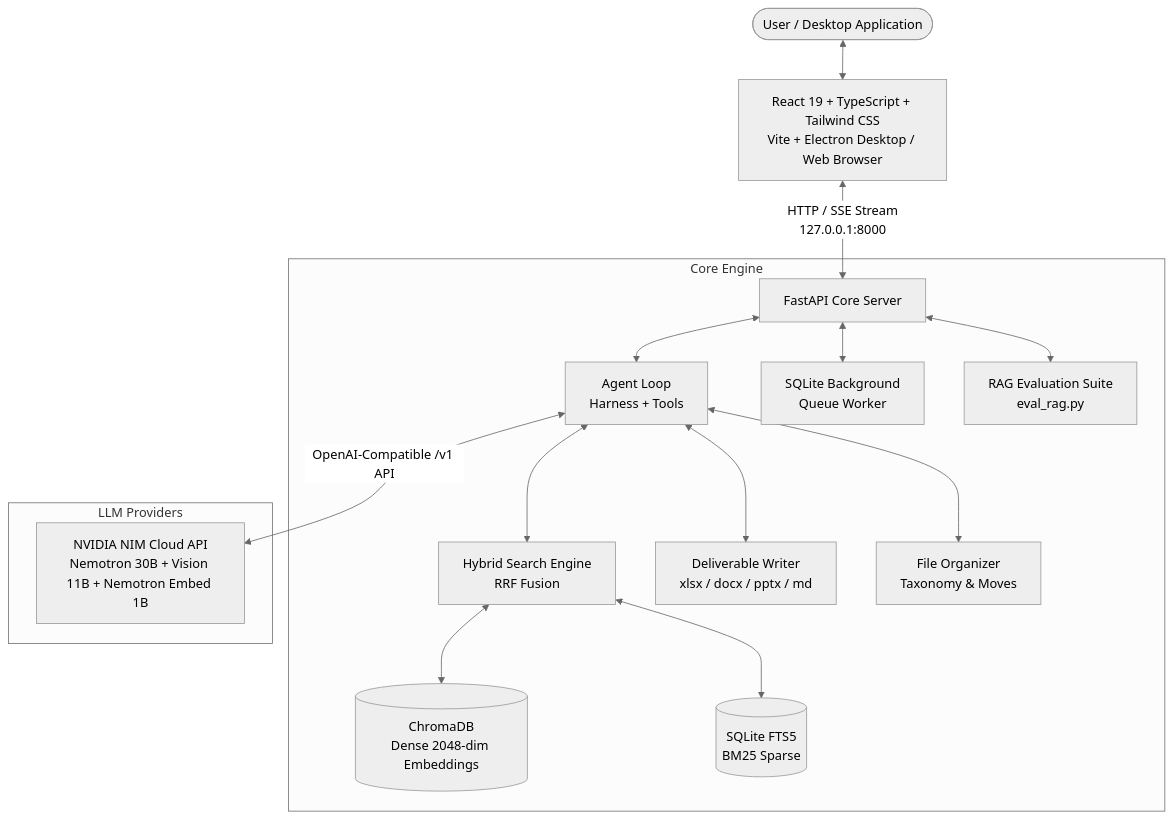
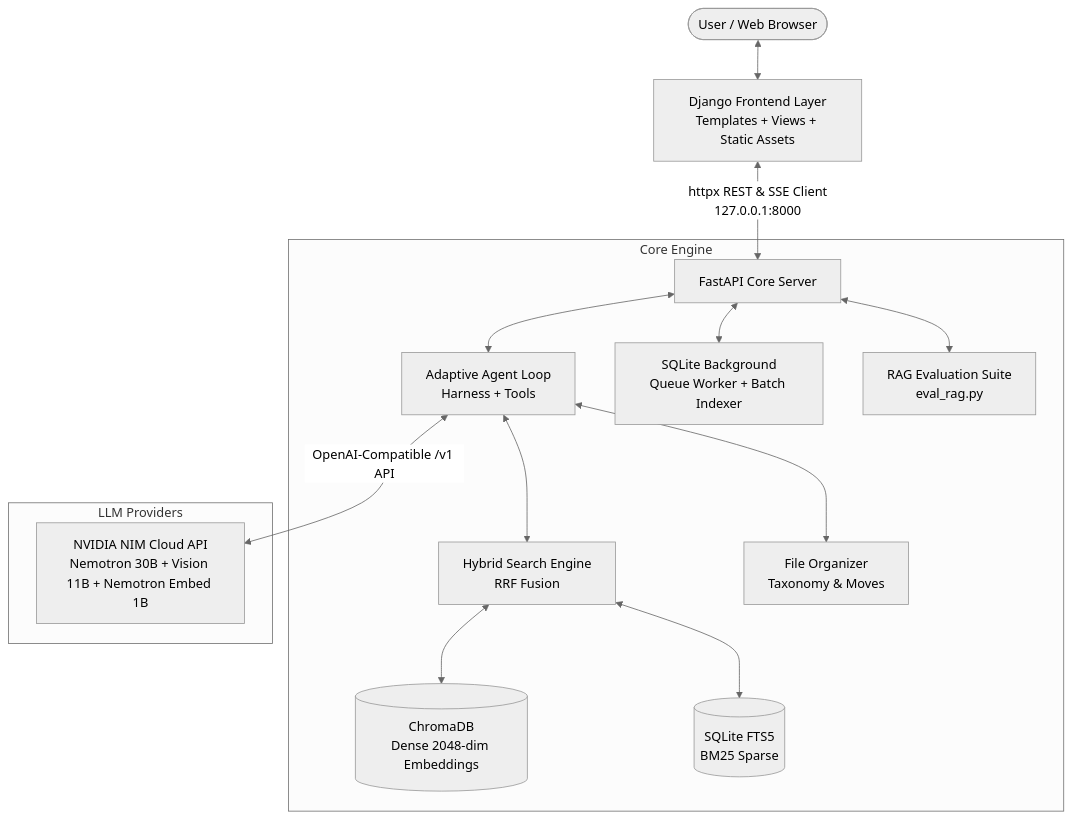
One commit to Vivekk936/Ai-Based-Personal-Knowledge-Assistant changed the diagram in README.md. Above: the diagram before and after it, drawn with Mermaid (neutral theme). The commit also changed other lines of this file and 68 other files, not shown here.

First line of the commit message:
feat: implement Django frontend, unified launcher, and adaptive multi-hop RAG enhancements

````diff
--- a/README.md
+++ b/README.md
@@ -59,23 +65,21 @@
 ```mermaid
 flowchart TD
-    User([User / Desktop Application]) <--> Desktop[React 19 + TypeScript + Tailwind CSS\nVite + Electron Desktop / Web Browser]
-    
-    Desktop <-->|HTTP / SSE Stream\n127.0.0.1:8000| Server[FastAPI Core Server]
+    User([User / Web Browser]) <--> Django[Django Frontend Layer\nTemplates + Views + Static Assets]
+    Django <-->|httpx REST & SSE Client\n127.0.0.1:8000| Server[FastAPI Core Server]
     
     subgraph Core Engine
-        Server <--> Agent[Agent Loop\nHarness + Tools]
-        Server <--> Indexer[SQLite Background\nQueue Worker]
+        Server <--> Agent[Adaptive Agent Loop\nHarness + Tools]
+        Server <--> Indexer[SQLite Background\nQueue Worker + Batch Indexer]
         Server <--> EvalSuite[RAG Evaluation Suite\neval_rag.py]
         
         Agent <--> HybridRetriever[Hybrid Search Engine\nRRF Fusion]
         HybridRetriever <--> Chroma[(ChromaDB\nDense 2048-dim Embeddings)]
         HybridRetriever <--> FTS5[(SQLite FTS5\nBM25 Sparse)]
         
-        Agent <--> Deliver[Deliverable Writer\nxlsx / docx / pptx / md]
         Agent <--> Organizer[File Organizer\nTaxonomy & Moves]
     end
 
     subgraph LLM Providers
         Agent <-->|OpenAI-Compatible /v1 API| NVIDIA[NVIDIA NIM Cloud API\nNemotron 30B + Vision 11B + Nemotron Embed 1B]
     end
 ```
````
